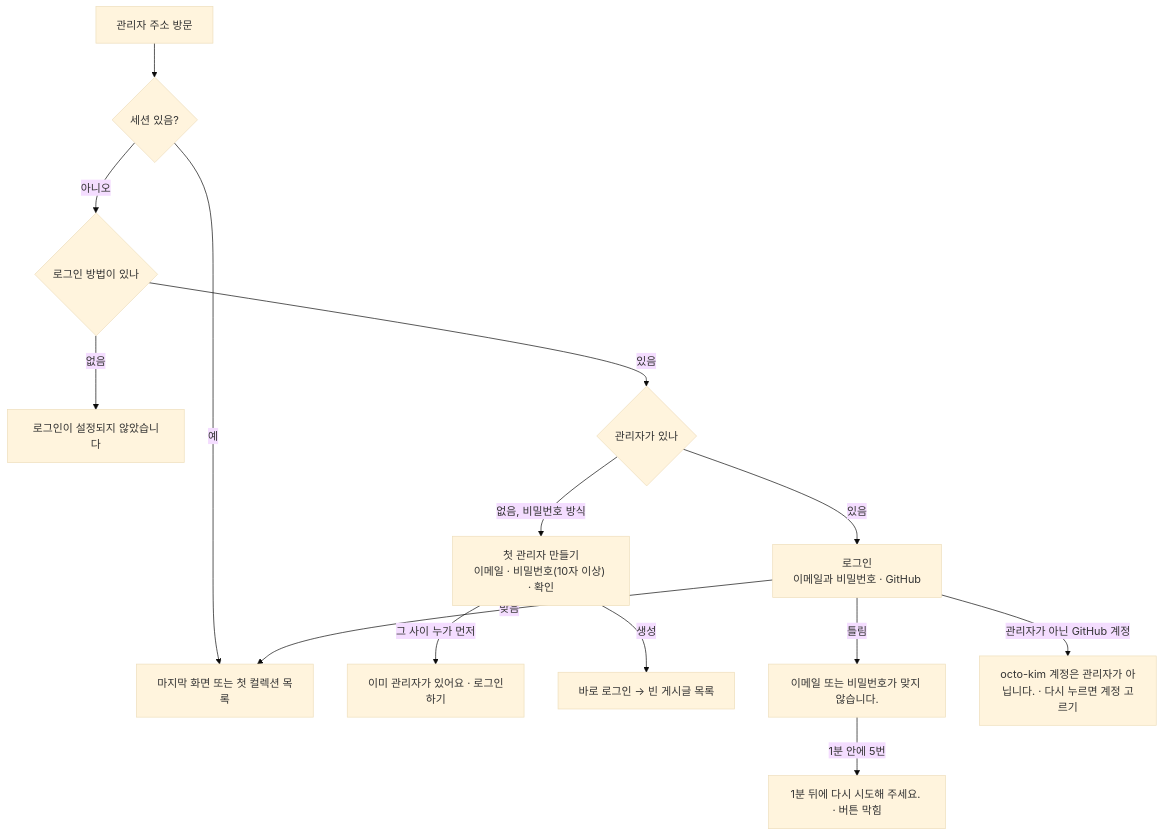
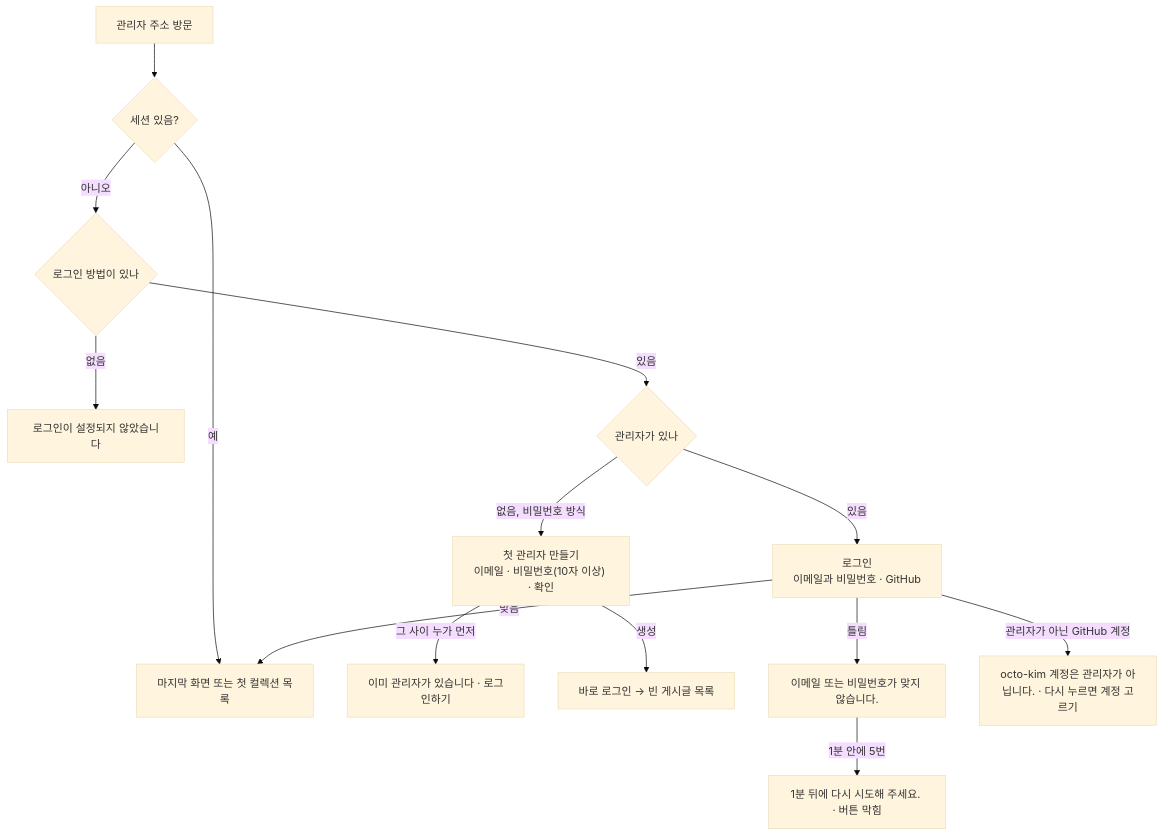
Before and after one commit to monti-cms/monti: the first of 2 diagrams in docs/design/features/15-login-and-frame.md, drawn with Mermaid (base theme). The commit also changed 52 other files, not shown here.

````diff
--- a/docs/design/features/15-login-and-frame.md
+++ b/docs/design/features/15-login-and-frame.md
@@ -24,16 +24,16 @@
 ```mermaid
 flowchart TD
   V["관리자 주소 방문"] --> S{"세션 있음?"}
   S -->|예| IN["마지막 화면 또는 첫 컬렉션 목록"]
   S -->|아니오| M{"로그인 방법이 있나"}
   M -->|없음| NONE["로그인이 설정되지 않았습니다"]
   M -->|있음| A{"관리자가 있나"}
   A -->|없음, 비밀번호 방식| FIRST["첫 관리자 만들기<br/>이메일 · 비밀번호(10자 이상) · 확인"]
-  FIRST -->|그 사이 누가 먼저| CLOSED["이미 관리자가 있어요 · 로그인하기"]
+  FIRST -->|그 사이 누가 먼저| CLOSED["이미 관리자가 있습니다 · 로그인하기"]
   FIRST -->|생성| EMPTY["바로 로그인 → 빈 게시글 목록"]
   A -->|있음| L["로그인<br/>이메일과 비밀번호 · GitHub"]
   L -->|틀림| WRONG["이메일 또는 비밀번호가 맞지 않습니다."]
   WRONG -->|1분 안에 5번| LOCK["1분 뒤에 다시 시도해 주세요. · 버튼 막힘"]
   L -->|관리자가 아닌 GitHub 계정| DENY["octo-kim 계정은 관리자가 아닙니다. · 다시 누르면 계정 고르기"]
   L -->|맞음| IN
 ```
````
